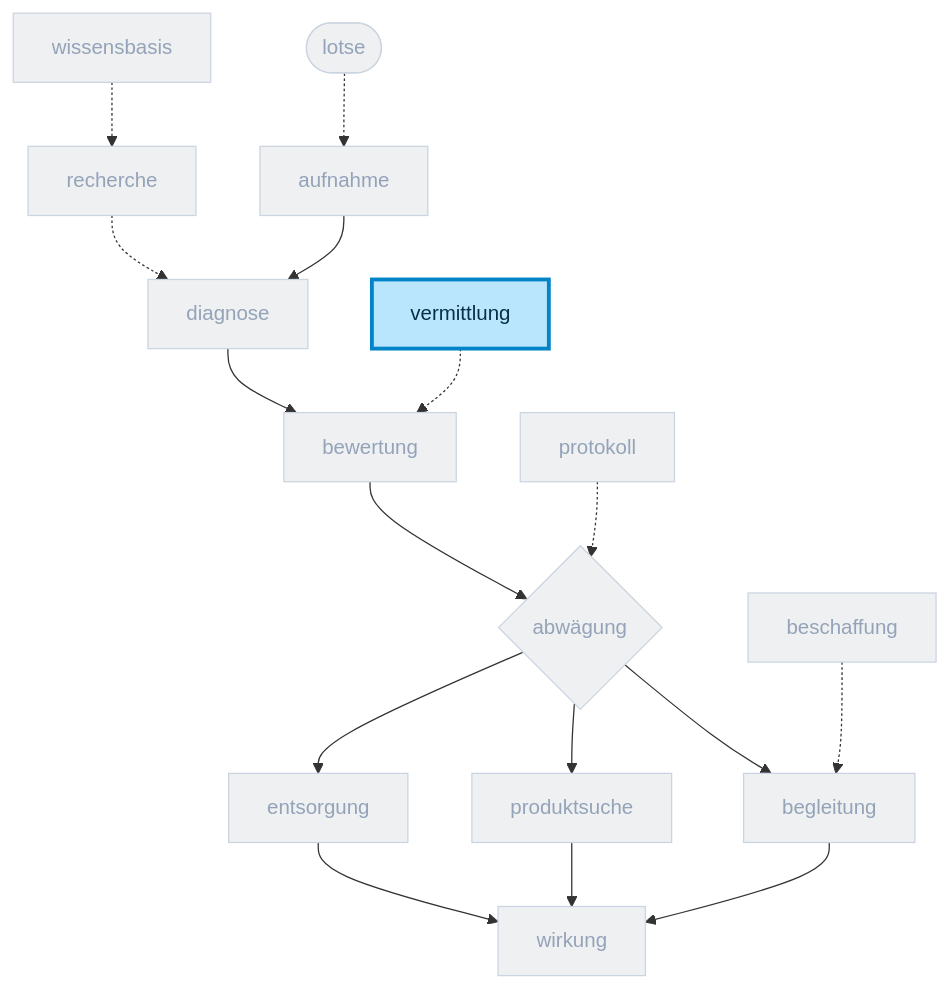
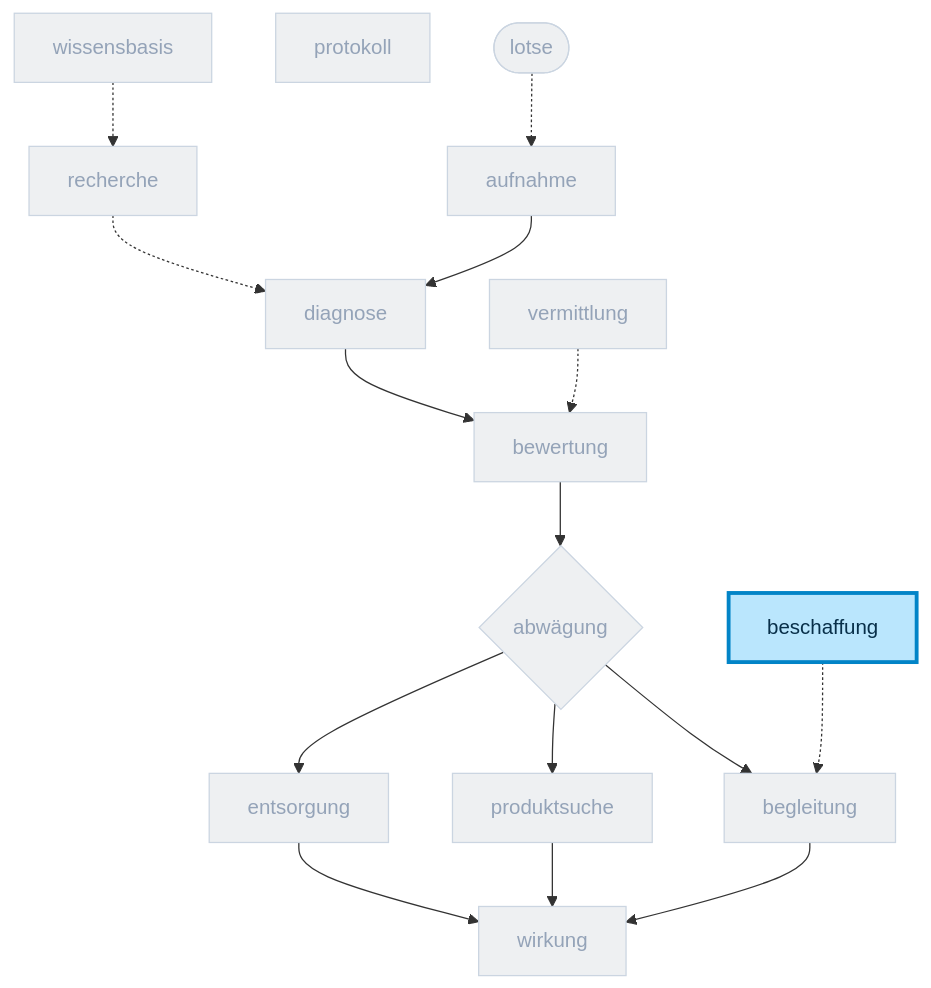
One commit to DigitaleOberlausitz/hackathon2026_RepairApp changed diagram 12 of 15 in docs/folien/runtime-roles.adoc. Above: the diagram before and after it, drawn with Mermaid. The commit also changed other lines of this file and 2 other files, not shown here.

First line of the commit message:
docs(folien): Rollen-Folien narrativ (just-in-time) ordnen + schärfere Diagramme

```diff
--- a/docs/folien/runtime-roles.adoc
+++ b/docs/folien/runtime-roles.adoc
@@ -635,31 +656,30 @@
 [mermaid]
 ....
 flowchart TB
   classDef dim fill:#eef0f2,stroke:#cbd5e1,color:#94a3b8
   classDef active fill:#bae6fd,stroke:#0284c7,stroke-width:3px,color:#082f49
   lotse([lotse]):::dim
   aufnahme[aufnahme]:::dim
   diagnose[diagnose]:::dim
   bewertung[bewertung]:::dim
   abwaegung{abwägung}:::dim
   begleitung[begleitung]:::dim
   produktsuche[produktsuche]:::dim
   entsorgung[entsorgung]:::dim
   wirkung[wirkung]:::dim
   recherche[recherche]:::dim
   vermittlung[vermittlung]:::dim
   beschaffung[beschaffung]:::dim
   protokoll[protokoll]:::dim
   wissensbasis[wissensbasis]:::dim
   lotse -.-> aufnahme
   aufnahme --> diagnose --> bewertung --> abwaegung
   abwaegung --> begleitung --> wirkung
   abwaegung --> produktsuche --> wirkung
   abwaegung --> entsorgung --> wirkung
   recherche -.-> diagnose
   vermittlung -.-> bewertung
   beschaffung -.-> begleitung
-  protokoll -.-> abwaegung
   wissensbasis -.-> recherche
-  class vermittlung active
+  class beschaffung active
 ....
```
